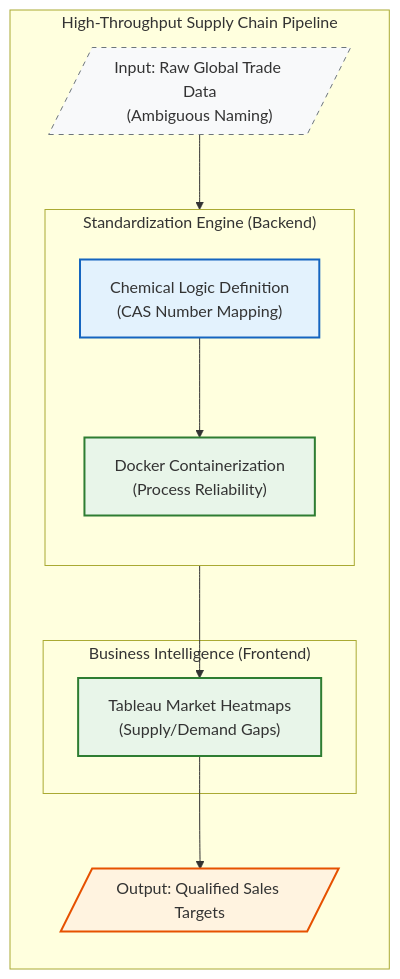
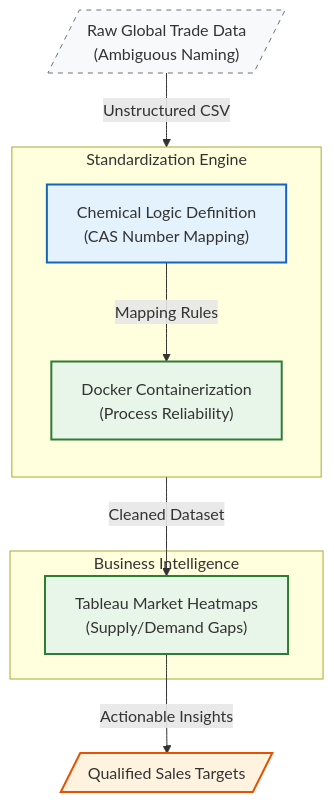
The diagram in content/project/supply-chain-automation/index.md (kbhalajiyadav/portfolio), drawn with Mermaid before and after one commit.

````diff
--- a/content/project/supply-chain-automation/index.md
+++ b/content/project/supply-chain-automation/index.md
@@ -41,37 +41,29 @@
 ```mermaid
 graph TD
     %% Professional Style Definitions
     classDef input fill:#f8f9fa,stroke:#6c757d,stroke-width:1px,stroke-dasharray: 5 5;
     classDef chemistry fill:#e3f2fd,stroke:#1565c0,stroke-width:2px;
     classDef ops fill:#e8f5e9,stroke:#2e7d32,stroke-width:2px;
     classDef output fill:#fff3e0,stroke:#e65100,stroke-width:2px;
 
-    %% SYSTEM BOUNDARY: Wraps the whole process
-    subgraph System ["High-Throughput Supply Chain Pipeline"]
+    %% Nodes
+    Raw[/"Raw Global Trade Data<br/>(Ambiguous Naming)"/]:::input
+    
+    subgraph "Standardization Engine"
         direction TB
-        
-        %% Inputs
-        Raw[/"Input: Raw Global Trade Data<br/>(Ambiguous Naming)"/]:::input
-        
-        %% Backend Sub-System
-        subgraph Engine ["Standardization Engine (Backend)"]
-            direction TB
-            Logic["Chemical Logic Definition<br/>(CAS Number Mapping)"]:::chemistry
-            Docker["Docker Containerization<br/>(Process Reliability)"]:::ops
-        end
-
-        %% Frontend Sub-System
-        subgraph Intel ["Business Intelligence (Frontend)"]
-            Viz["Tableau Market Heatmaps<br/>(Supply/Demand Gaps)"]:::ops
-        end
-
-        %% Output
-        Result[/"Output: Qualified Sales Targets"/]:::output
+        Logic["Chemical Logic Definition<br/>(CAS Number Mapping)"]:::chemistry
+        Docker["Docker Containerization<br/>(Process Reliability)"]:::ops
     end
 
-    %% Flow Connections
-    Raw --> Logic
-    Logic --> Docker
-    Docker --> Viz
-    Viz --> Result
+    subgraph "Business Intelligence"
+        Viz["Tableau Market Heatmaps<br/>(Supply/Demand Gaps)"]:::ops
+    end
+
+    Result[/"Qualified Sales Targets"/]:::output
+
+    %% Flow with System State Labels (The "CAD" Look)
+    Raw -- "Unstructured CSV" --> Logic
+    Logic -- "Mapping Rules" --> Docker
+    Docker -- "Cleaned Dataset" --> Viz
+    Viz -- "Actionable Insights" --> Result
 ```
````
